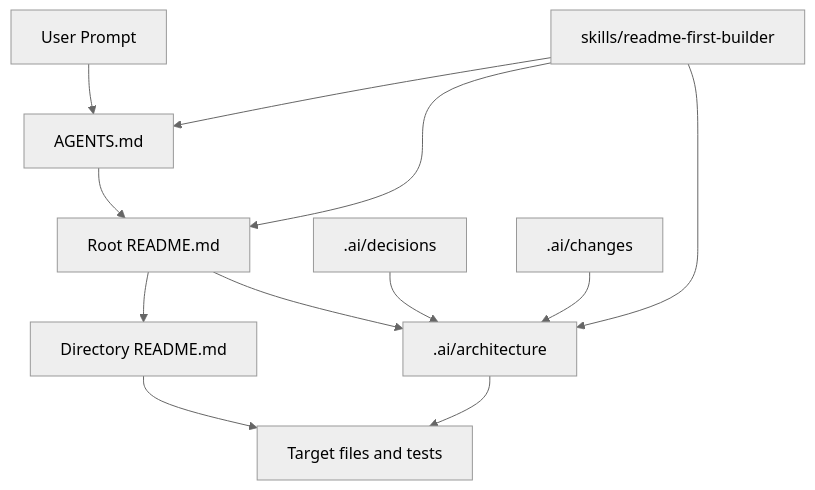
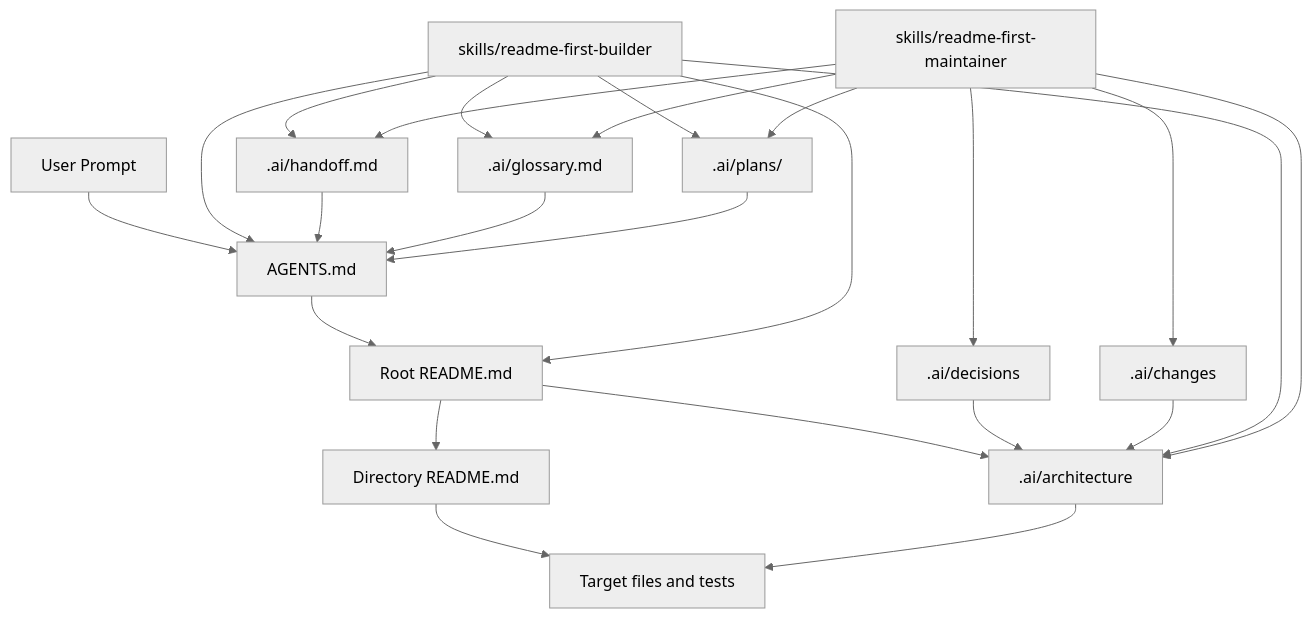
One commit to endearqb/ReadmeFirst changed the diagram in .ai/architecture/context-map.md. Above: the diagram before and after it, drawn with Mermaid (neutral theme). The commit also changed other lines of this file and 26 other files, not shown here.

````diff
--- a/.ai/architecture/context-map.md
+++ b/.ai/architecture/context-map.md
@@ -21,14 +28,26 @@
 ```mermaid
 flowchart TD
   User["User Prompt"] --> Agents["AGENTS.md"]
   Agents --> RootReadme["Root README.md"]
   RootReadme --> DirReadme["Directory README.md"]
   RootReadme --> Architecture[".ai/architecture"]
   DirReadme --> Target["Target files and tests"]
   Architecture --> Target
   Decisions[".ai/decisions"] --> Architecture
   Changes[".ai/changes"] --> Architecture
-  Skill["skills/readme-first-builder"] --> Agents
-  Skill --> RootReadme
-  Skill --> Architecture
+  Builder["skills/readme-first-builder"] --> Agents
+  Builder --> RootReadme
+  Builder --> Architecture
+  Builder --> Glossary[".ai/glossary.md"]
+  Builder --> Handoff[".ai/handoff.md"]
+  Builder --> Plans[".ai/plans/"]
+  Maintainer["skills/readme-first-maintainer"] --> Changes
+  Maintainer --> Architecture
+  Maintainer --> Decisions
+  Maintainer --> Glossary
+  Maintainer --> Handoff
+  Maintainer --> Plans
+  Handoff --> Agents
+  Glossary --> Agents
+  Plans --> Agents
 ```
````
